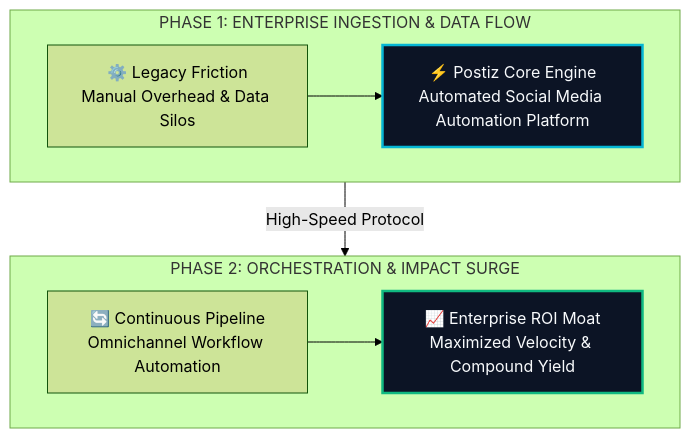
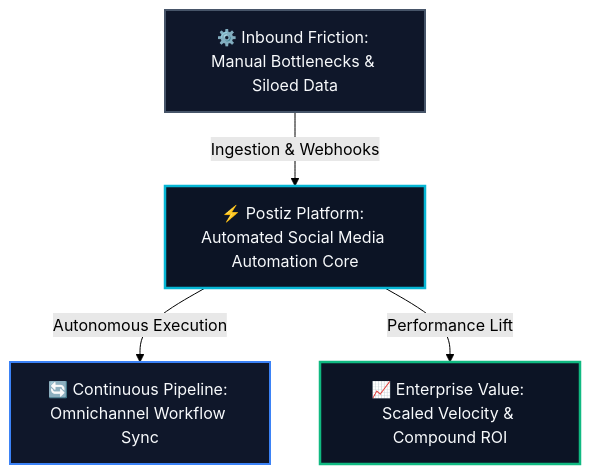
One commit to heliatech-media/saas-radar changed the diagram in site/src/content/blog/postiz-evolution-guide-2026.md. Above: the diagram before and after it, drawn with Mermaid (forest theme). The commit also changed 93 other files, not shown here.

First line of the commit message:
fix(diagrams): resolve dagre-d3 subgraph collision by migrating to balanced 3-tier Hub & Spoke architecture

````diff
--- a/site/src/content/blog/postiz-evolution-guide-2026.md
+++ b/site/src/content/blog/postiz-evolution-guide-2026.md
@@ -69,14 +69,14 @@
 ```mermaid
 flowchart TD
-    subgraph S1["PHASE 1: ENTERPRISE INGESTION & DATA FLOW"]
-        direction LR
-        A["⚙️ Legacy Friction<br/>Manual Overhead & Data Silos"] --> B["⚡ Postiz Core Engine<br/>Automated Social Media Automation Platform"]
-    end
-    subgraph S2["PHASE 2: ORCHESTRATION & IMPACT SURGE"]
-        direction LR
-        C["🔄 Continuous Pipeline<br/>Omnichannel Workflow Automation"] --> D["📈 Enterprise ROI Moat<br/>Maximized Velocity & Compound Yield"]
-    end
-    S1 -->|High-Speed Protocol| S2
-    style B fill:#0c1425,stroke:#06b6d4,stroke-width:2.5px,color:#f8fafc
-    style D fill:#0c1425,stroke:#10b981,stroke-width:2.5px,color:#f8fafc
+    Inp["⚙️ Inbound Friction: Manual Bottlenecks & Siloed Data"]
+    Eng["⚡ Postiz Platform: Automated Social Media Automation Core"]
+    Out1["🔄 Continuous Pipeline: Omnichannel Workflow Sync"]
+    Out2["📈 Enterprise Value: Scaled Velocity & Compound ROI"]
+    Inp -->|Ingestion & Webhooks| Eng
+    Eng -->|Autonomous Execution| Out1
+    Eng -->|Performance Lift| Out2
+    style Inp fill:#0f172a,stroke:#475569,stroke-width:2px,color:#f8fafc
+    style Eng fill:#0c1425,stroke:#06b6d4,stroke-width:2.5px,color:#f8fafc
+    style Out1 fill:#0f172a,stroke:#3b82f6,stroke-width:2px,color:#f8fafc
+    style Out2 fill:#0c1425,stroke:#10b981,stroke-width:2.5px,color:#f8fafc
 ```
````
